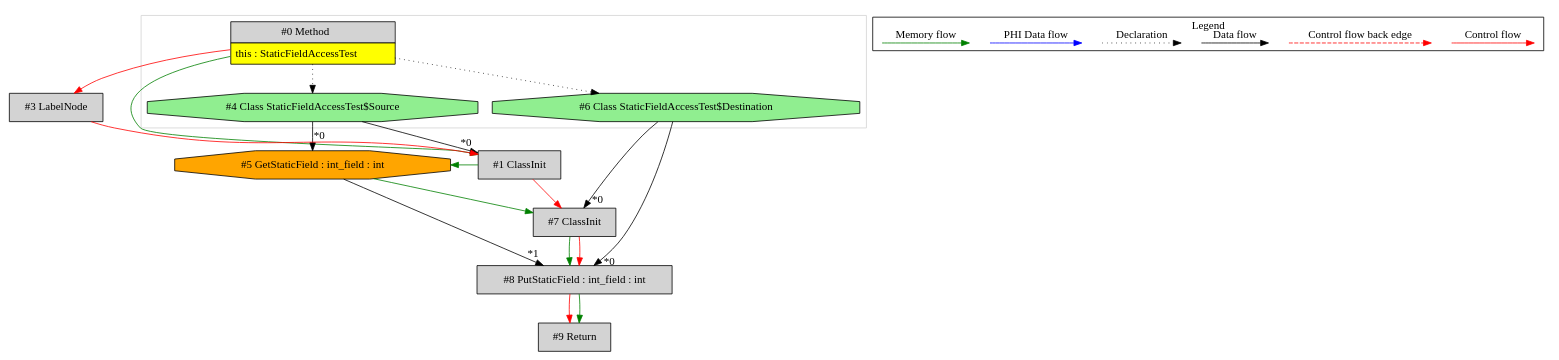
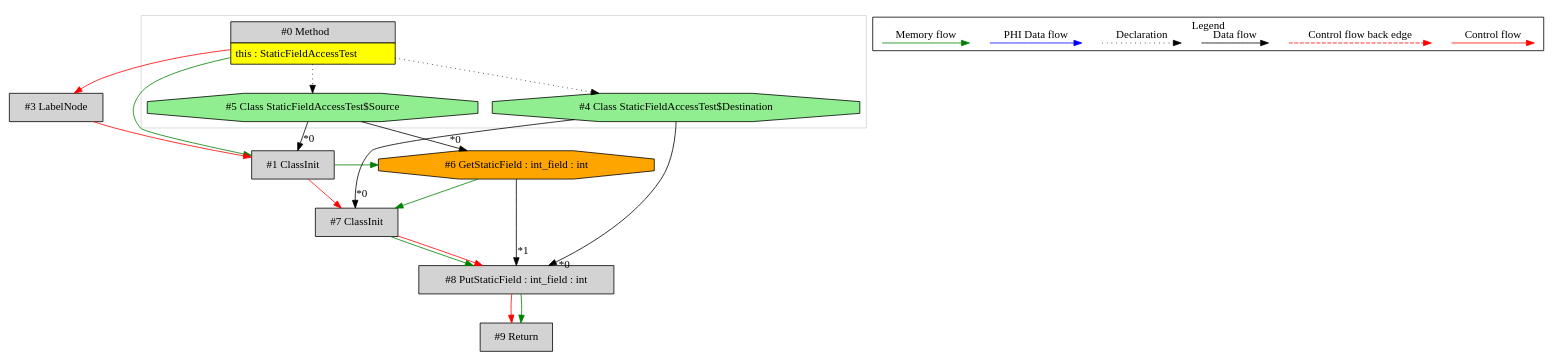
Before and after one commit to mirkosertic/MetaIR: the diagram in de.mirkosertic.metair.ir.examples.StaticFieldAccessTest/copy_int/ir.dot, drawn with Graphviz. The commit also changed 681 other files, not shown here.

```diff
--- a/de.mirkosertic.metair.ir.examples.StaticFieldAccessTest/copy_int/ir.dot
+++ b/de.mirkosertic.metair.ir.examples.StaticFieldAccessTest/copy_int/ir.dot
@@ -1,60 +1,60 @@
 digraph {
  node0[margin="0", label=<<table border="0" cellborder="1" cellspacing="0" cellpadding="5"><tr><td colspan="1">#0 Method</td></tr><tr><td port="prj2" bgcolor="yellow">this : StaticFieldAccessTest</td></tr></table>>,shape=none, fillcolor=lightgrey, style=filled];
- node6[label="#6 Class StaticFieldAccessTest$Destination",shape=octagon, fillcolor=lightgreen, style=filled];
- node0 -> node6[style=dotted];
- node7[label="#7 ClassInit",shape=box, fillcolor=lightgrey, style=filled];
- node6 -> node7[headlabel="*0", labeldistance=2];
- node5 -> node7[labeldistance=2, color=green, constraint=false];
- node1 -> node7[labeldistance=2, color=red, fontcolor=red];
+ node3[label="#3 LabelNode",shape=box, fillcolor=lightgrey, style=filled];
+ node0 -> node3[labeldistance=2, color=red, fontcolor=red];
  node1[label="#1 ClassInit",shape=box, fillcolor=lightgrey, style=filled];
- node4 -> node1[headlabel="*0", labeldistance=2];
+ node5 -> node1[headlabel="*0", labeldistance=2];
  node0 -> node1[labeldistance=2, color=green, constraint=false];
  node3 -> node1[labeldistance=2, color=red, fontcolor=red];
- node3[label="#3 LabelNode",shape=box, fillcolor=lightgrey, style=filled];
- node0 -> node3[labeldistance=2, color=red, fontcolor=red];
- node4[label="#4 Class StaticFieldAccessTest$Source",shape=octagon, fillcolor=lightgreen, style=filled];
- node0 -> node4[style=dotted];
- node5[label="#5 GetStaticField : int_field : int",shape=octagon, fillcolor=orange, style=filled];
- node4 -> node5[headlabel="*0", labeldistance=2];
- node1 -> node5[labeldistance=2, color=green, constraint=false];
+ node5[label="#5 Class StaticFieldAccessTest$Source",shape=octagon, fillcolor=lightgreen, style=filled];
+ node0 -> node5[style=dotted];
+ node6[label="#6 GetStaticField : int_field : int",shape=octagon, fillcolor=orange, style=filled];
+ node5 -> node6[headlabel="*0", labeldistance=2];
+ node1 -> node6[labeldistance=2, color=green, constraint=false];
  node8[label="#8 PutStaticField : int_field : int",shape=box, fillcolor=lightgrey, style=filled];
- node6 -> node8[headlabel="*0", labeldistance=2];
- node5 -> node8[headlabel="*1", labeldistance=2];
+ node4 -> node8[headlabel="*0", labeldistance=2];
+ node6 -> node8[headlabel="*1", labeldistance=2];
  node7 -> node8[labeldistance=2, color=green, constraint=false];
  node7 -> node8[labeldistance=2, color=red, fontcolor=red];
+ node7[label="#7 ClassInit",shape=box, fillcolor=lightgrey, style=filled];
+ node4 -> node7[headlabel="*0", labeldistance=2];
+ node6 -> node7[labeldistance=2, color=green, constraint=false];
+ node1 -> node7[labeldistance=2, color=red, fontcolor=red];
+ node4[label="#4 Class StaticFieldAccessTest$Destination",shape=octagon, fillcolor=lightgreen, style=filled];
+ node0 -> node4[style=dotted];
  node9[label="#9 Return",shape=box, fillcolor=lightgrey, style=filled];
  node8 -> node9[labeldistance=2, color=red, fontcolor=red];
  node8 -> node9[labeldistance=2, color=green, constraint=false];
  subgraph cluster_0 {
   color=lightgray;
   node0;
   node4;
-  node6;
+  node5;
  }
  subgraph cluster_000 {
   label = "Legend";
   node [shape=point]
   {
    rank=same;
    c0 [style = invis];
    c1 [style = invis];
    c2 [style = invis];
    c3 [style = invis];
    d0 [style = invis];
    d1 [style = invis];
    d2 [style = invis];
    d3 [style = invis];
    d4 [style = invis];
    d5 [style = invis];
    d6 [style = invis];
    d7 [style = invis];
   }
   c0 -> c1 [label="Control flow", style=solid, color=red]
   c2 -> c3 [label="Control flow back edge", style=dashed, color=red]
   d0 -> d1 [label="Data flow"]
   d2 -> d3 [label="Declaration", style=dotted]
   d4 -> d5 [label="PHI Data flow", color=blue]
   d6 -> d7 [label="Memory flow", color=green]
  }
 
 }
```
